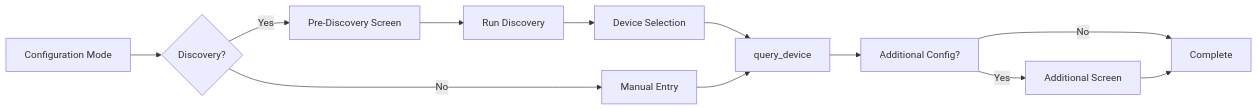
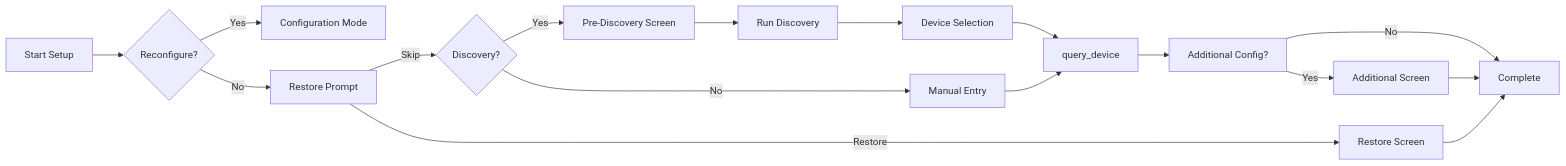
The diagram in docs/guide/setup-flow.md (JackJPowell/ucapi-framework), drawn with Mermaid before and after one commit. The commit also changed other lines of this file and 2 other files, not shown here.

Commit message:
Improve setup flow

````diff
--- a/docs/guide/setup-flow.md
+++ b/docs/guide/setup-flow.md
@@ -9,14 +9,19 @@
 ```mermaid
 graph LR
-    A[Configuration Mode] --> B{Discovery?}
-    B -->|Yes| C[Pre-Discovery Screen]
-    C --> D[Run Discovery]
-    D --> E[Device Selection]
-    B -->|No| F[Manual Entry]
-    E --> G[query_device]
-    F --> G
-    G --> H[Additional Config?]
-    H -->|Yes| I[Additional Screen]
-    H -->|No| J[Complete]
-    I --> J
+    A[Start Setup] --> B{Reconfigure?}
+    B -->|Yes| C[Configuration Mode]
+    B -->|No| D[Restore Prompt]
+    D -->|Restore| E[Restore Screen]
+    D -->|Skip| F{Discovery?}
+    F -->|Yes| G[Pre-Discovery Screen]
+    G --> H[Run Discovery]
+    H --> I[Device Selection]
+    F -->|No| J[Manual Entry]
+    I --> K[query_device]
+    J --> K
+    K --> L[Additional Config?]
+    L -->|Yes| M[Additional Screen]
+    L -->|No| N[Complete]
+    M --> N
+    E --> N
 ```
````
